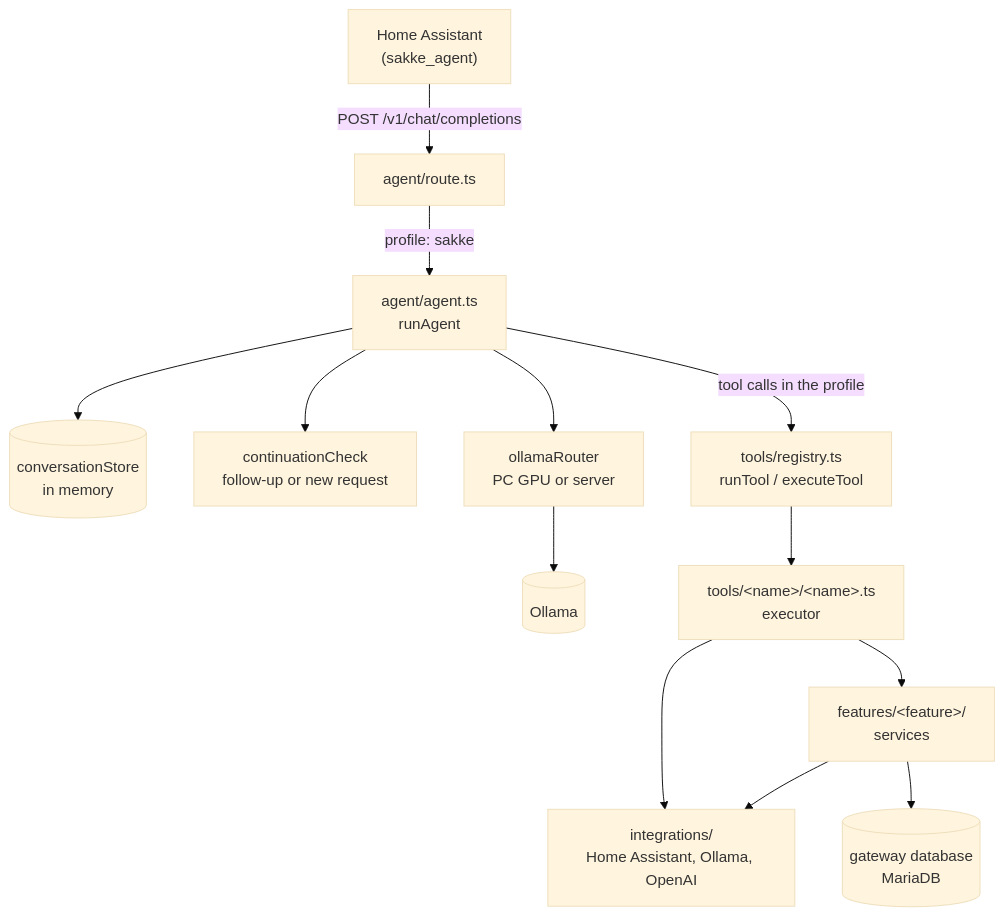
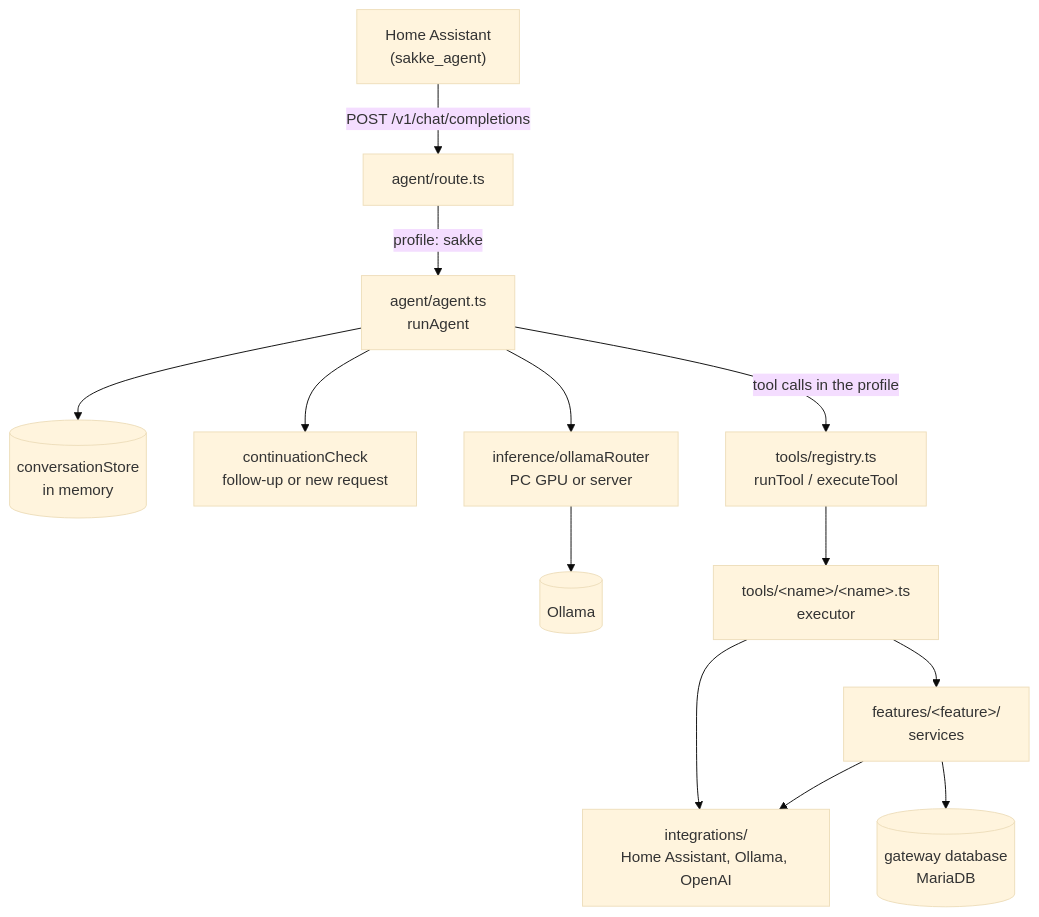
One commit to saarinenvh/sakke-gateway changed the diagram in docs/architecture/README.md. Above: the diagram before and after it, drawn with Mermaid (base theme). The commit also changed other lines of this file and 29 other files, not shown here.

````diff
--- a/docs/architecture/README.md
+++ b/docs/architecture/README.md
@@ -18,15 +18,15 @@
 ```mermaid
 flowchart TD
     HA["Home Assistant<br/>(sakke_agent)"] -->|POST /v1/chat/completions| Route[agent/route.ts]
     Route -->|profile: sakke| Agent[agent/agent.ts<br/>runAgent]
     Agent --> Store[(conversationStore<br/>in memory)]
     Agent --> Classifier[continuationCheck<br/>follow-up or new request]
-    Agent --> Router[ollamaRouter<br/>PC GPU or server]
+    Agent --> Router[inference/ollamaRouter<br/>PC GPU or server]
     Router --> Ollama[(Ollama)]
     Agent -->|tool calls in the profile| Registry[tools/registry.ts<br/>runTool / executeTool]
     Registry --> Executor[tools/&lt;name&gt;/&lt;name&gt;.ts<br/>executor]
     Executor --> Features[features/&lt;feature&gt;/<br/>services]
     Executor --> Integrations[integrations/<br/>Home Assistant, Ollama, OpenAI]
     Features --> Integrations
     Features --> DB[(gateway database<br/>MariaDB)]
 ```
````
